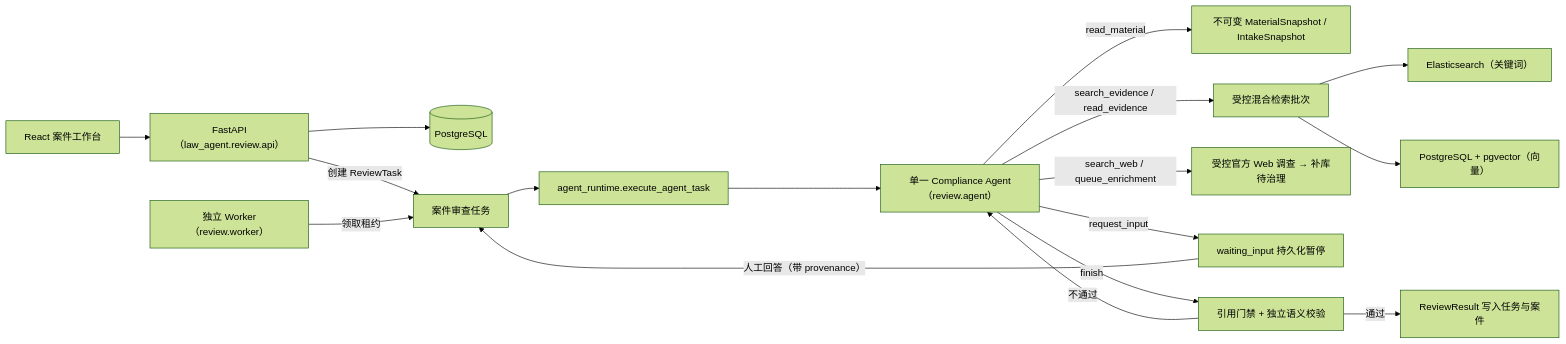
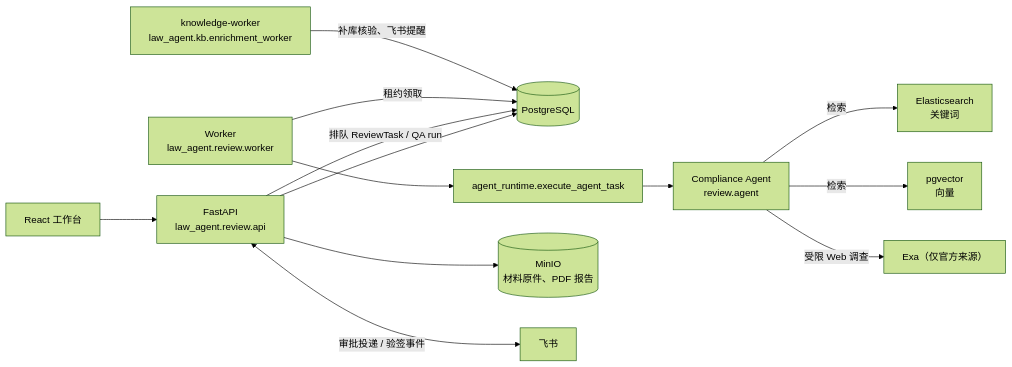
One commit to raydemo1/crosscomply-agent changed the diagram in docs/architecture.md. Above: the diagram before and after it, drawn with Mermaid (forest theme). The commit also changed other lines of this file and 11 other files, not shown here.

````diff
--- a/docs/architecture.md
+++ b/docs/architecture.md
@@ -7,20 +13,15 @@
 ```mermaid
 flowchart LR
-    UI["React 案件工作台"] --> API["FastAPI（law_agent.review.api）"]
+    UI["React 工作台"] --> API["FastAPI<br/>law_agent.review.api"]
     API --> DB[("PostgreSQL")]
-    API -->|创建 ReviewTask| TASK["案件审查任务"]
-    WORKER["独立 Worker（review.worker）"] -->|领取租约| TASK
-    TASK --> RUNTIME["agent_runtime.execute_agent_task"]
-    RUNTIME --> AGENT["单一 Compliance Agent（review.agent）"]
-
-    AGENT -->|read_material| SNAP["不可变 MaterialSnapshot / IntakeSnapshot"]
-    AGENT -->|search_evidence / read_evidence| SEARCH["受控混合检索批次"]
-    SEARCH --> ES["Elasticsearch（关键词）"]
-    SEARCH --> PG["PostgreSQL + pgvector（向量）"]
-    AGENT -->|search_web / queue_enrichment| WEB["受控官方 Web 调查 → 补库待治理"]
-    AGENT -->|request_input| PAUSE["waiting_input 持久化暂停"]
-    PAUSE -->|人工回答（带 provenance）| TASK
-    AGENT -->|finish| GATE["引用门禁 + 独立语义校验"]
-    GATE -->|通过| RESULT["ReviewResult 写入任务与案件"]
-    GATE -->|不通过| AGENT
+    API -->|排队 ReviewTask / QA run| DB
+    W["Worker<br/>law_agent.review.worker"] -->|租约领取| DB
+    W --> RT["agent_runtime.execute_agent_task"]
+    RT --> AG["Compliance Agent<br/>review.agent"]
+    AG -->|检索| ES["Elasticsearch<br/>关键词"]
+    AG -->|检索| PGV["pgvector<br/>向量"]
+    AG -->|受限 Web 调查| EXA["Exa（仅官方来源）"]
+    KW["knowledge-worker<br/>law_agent.kb.enrichment_worker"] -->|补库核验、飞书提醒| DB
+    API --> S3[("MinIO<br/>材料原件、PDF 报告")]
+    API <-->|审批投递 / 验签事件| FS["飞书"]
 ```
````
